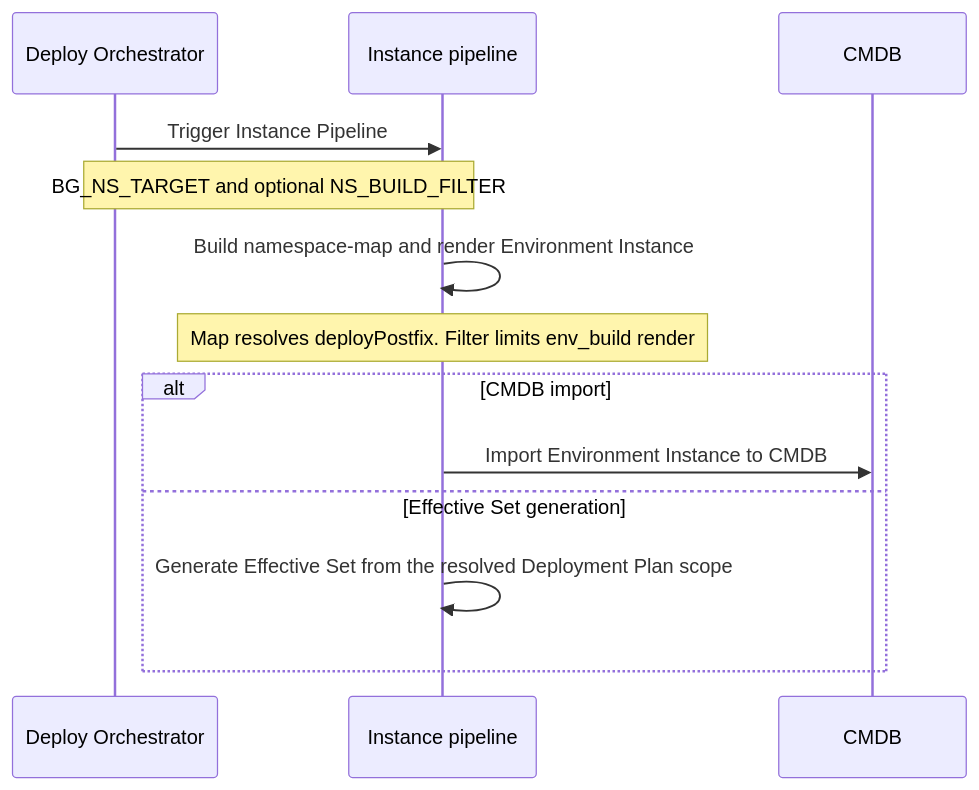
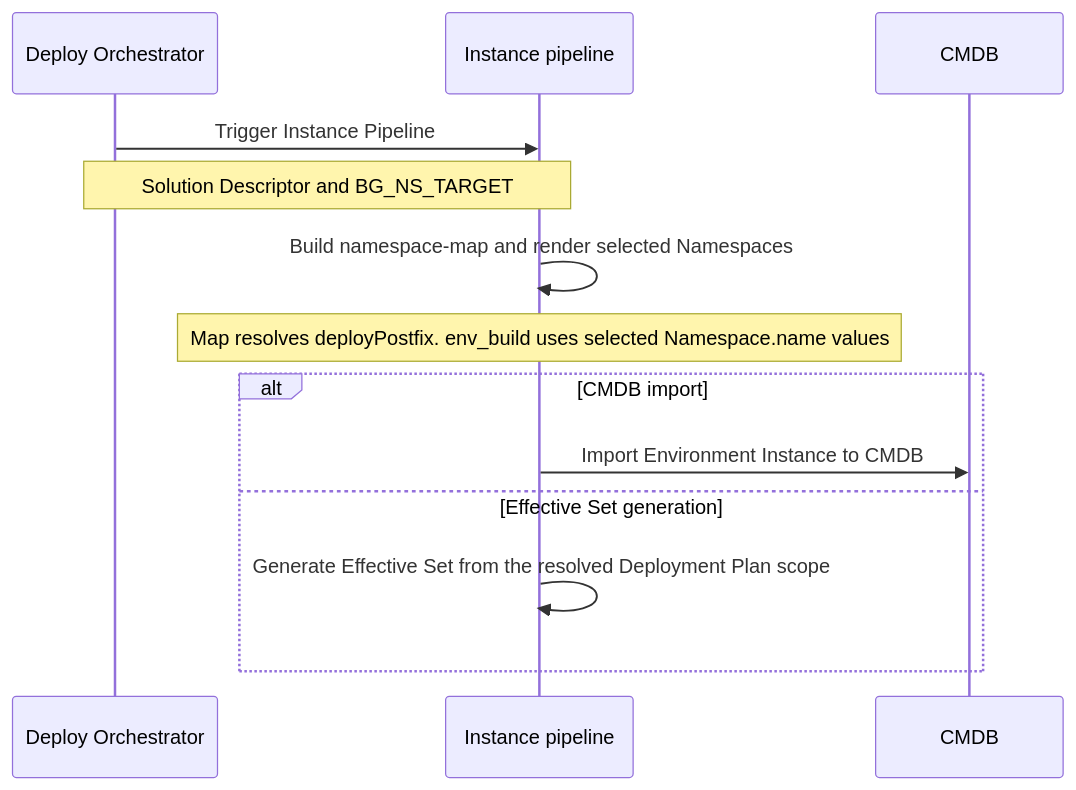
The second of 3 diagrams in docs/features/blue-green-deployment.md (Netcracker/qubership-envgene), drawn with Mermaid before and after one commit. The commit also changed other lines of this file and 9 other files, not shown here.

Commit message:
docs: update Namespace render filtering and BG Domain documentation

````diff
--- a/docs/features/blue-green-deployment.md
+++ b/docs/features/blue-green-deployment.md
@@ -128,17 +129,17 @@
 ```mermaid
 sequenceDiagram
     participant DP as Deploy Orchestrator
     participant EGP as Instance pipeline
     participant CMDB as CMDB
 
     DP->>EGP: Trigger Instance Pipeline
-    Note over DP,EGP: BG_NS_TARGET and optional NS_BUILD_FILTER
-    EGP->>EGP: Build namespace-map and render Environment Instance
-    Note over EGP,EGP: Map resolves deployPostfix. Filter limits env_build render
+    Note over DP,EGP: Solution Descriptor and BG_NS_TARGET
+    EGP->>EGP: Build namespace-map and render selected Namespaces
+    Note over EGP,EGP: Map resolves deployPostfix. env_build uses selected Namespace.name values
 
     alt CMDB import
         EGP->>CMDB: Import Environment Instance to CMDB
     else Effective Set generation
         EGP->>EGP: Generate Effective Set from the resolved Deployment Plan scope
     end
 ```
````
